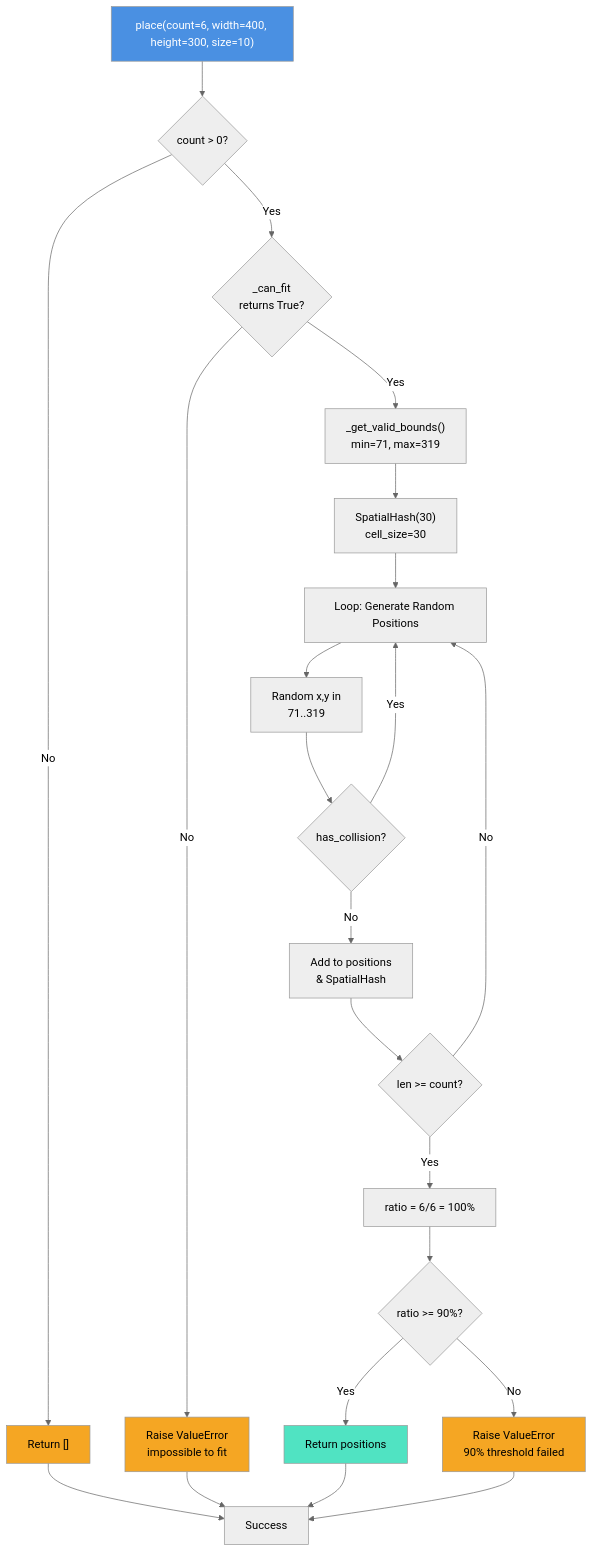
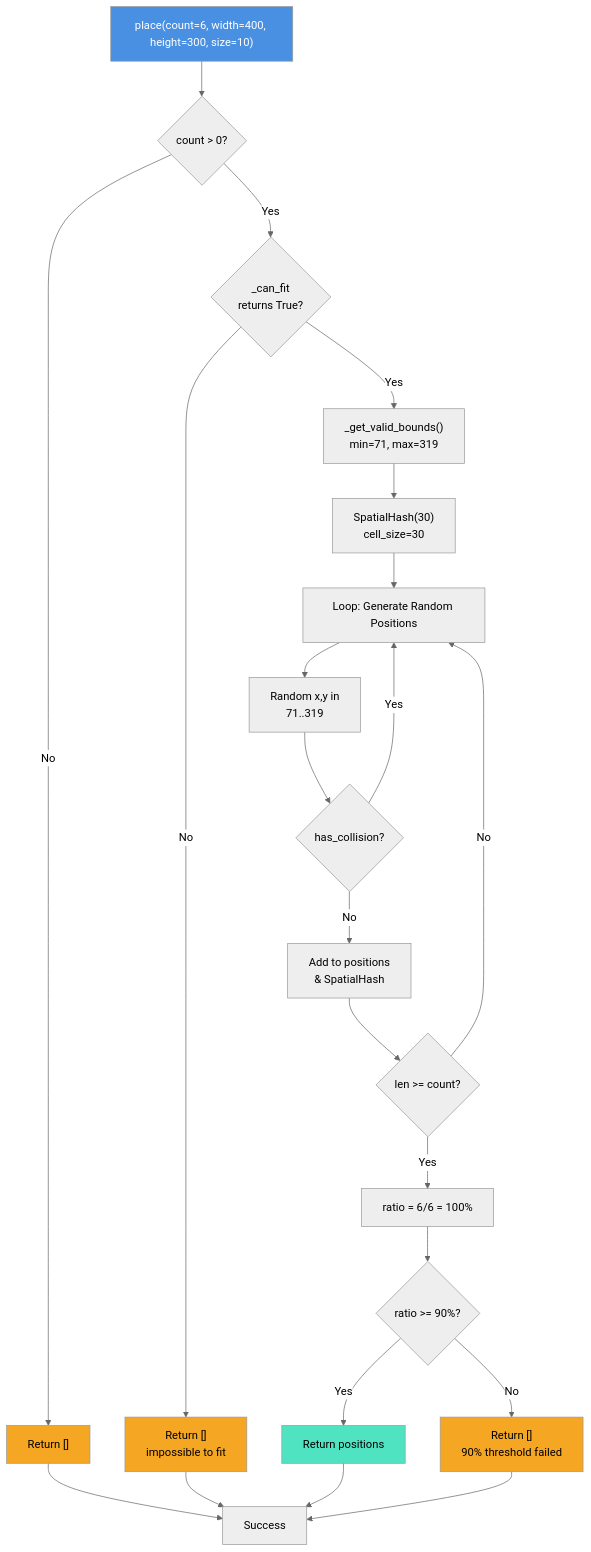
Before and after one commit to m-rossini/beans: the second of 5 diagrams in summaries/2025-11-26-placement-algorithm-diagrams.md, drawn with Mermaid (neutral theme). The commit also changed other lines of this file, not shown here.

Commit message:
Fix documentation to match implementation: return [] instead of raise ValueError

````diff
--- a/summaries/2025-11-26-placement-algorithm-diagrams.md
+++ b/summaries/2025-11-26-placement-algorithm-diagrams.md
@@ -47,39 +47,39 @@
 ```mermaid
 flowchart TD
     Start["place(count=6, width=400, height=300, size=10)"]
     
     Start --> CheckCount{count > 0?}
     CheckCount -->|No| ReturnEmpty["Return []"]
     CheckCount -->|Yes| CheckFit{_can_fit<br/>returns True?}
     
-    CheckFit -->|No| RaiseError["Raise ValueError<br/>impossible to fit"]
+    CheckFit -->|No| RaiseError["Return []<br/>impossible to fit"]
     CheckFit -->|Yes| CalcBounds["_get_valid_bounds()<br/>min=71, max=319"]
     
     CalcBounds --> InitHash["SpatialHash(30)<br/>cell_size=30"]
     InitHash --> GenLoop["Loop: Generate Random Positions"]
     
     GenLoop --> RandPos["Random x,y in<br/>71..319"]
     RandPos --> HashCheck{has_collision?}
     
     HashCheck -->|Yes| GenLoop
     HashCheck -->|No| AddPos["Add to positions<br/>& SpatialHash"]
     AddPos --> CheckCount2{len >= count?}
     
     CheckCount2 -->|No| GenLoop
     CheckCount2 -->|Yes| CalcRatio["ratio = 6/6 = 100%"]
     
     CalcRatio --> CheckThreshold{ratio >= 90%?}
     CheckThreshold -->|Yes| Return["Return positions"]
-    CheckThreshold -->|No| RaiseError2["Raise ValueError<br/>90% threshold failed"]
+    CheckThreshold -->|No| RaiseError2["Return []<br/>90% threshold failed"]
     
     Return --> End["Success"]
     RaiseError --> End
     RaiseError2 --> End
     ReturnEmpty --> End
     
     style Start fill:#4a90e2,color:#fff
     style Return fill:#50e3c2,color:#000
     style RaiseError fill:#f5a623,color:#000
     style RaiseError2 fill:#f5a623,color:#000
     style ReturnEmpty fill:#f5a623,color:#000
 ```
````
